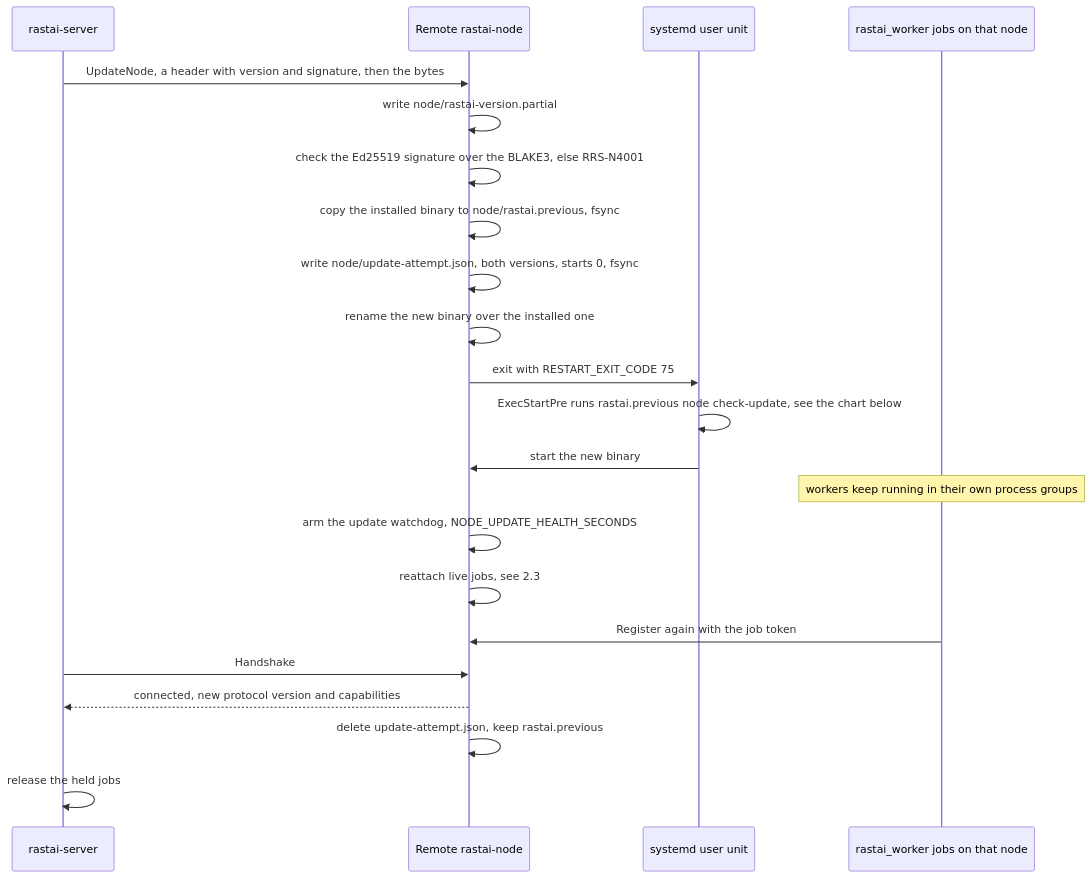
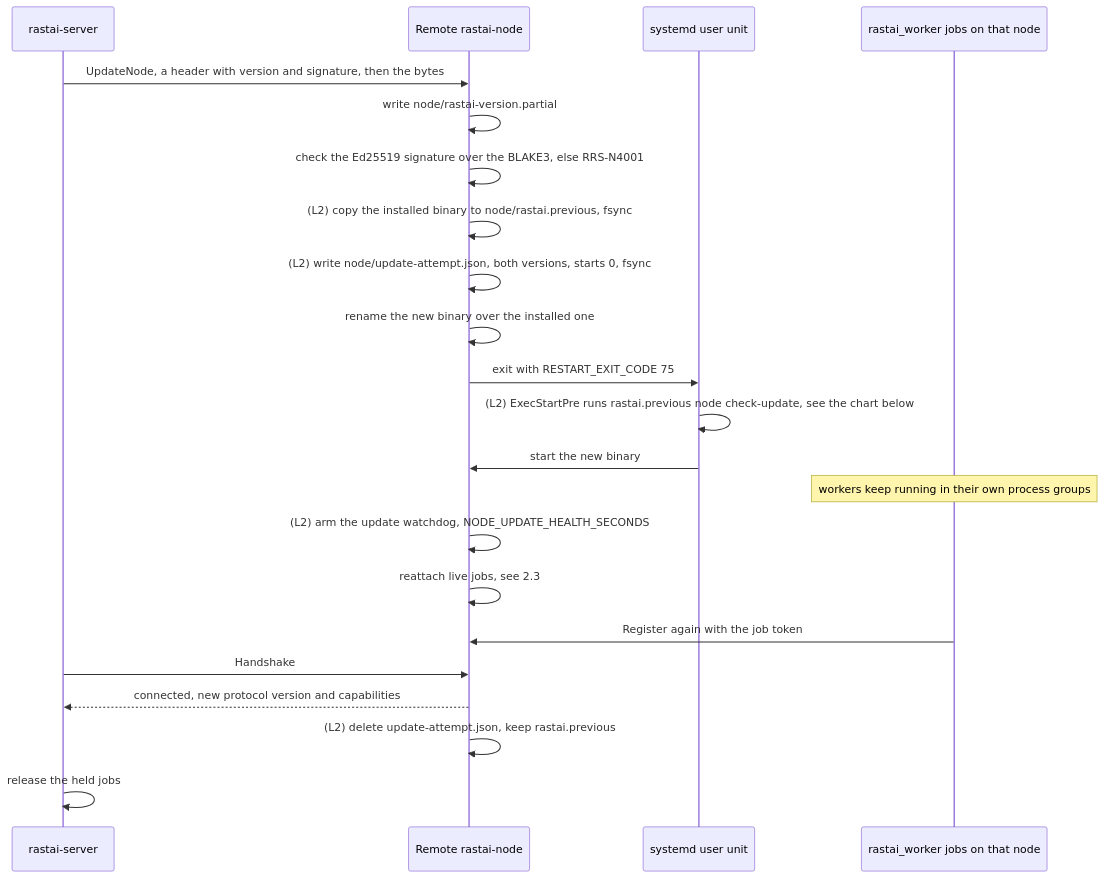
Diagram 50 of 55 in docs/architecture/flows/platform.md (Snubiss/RASTAI-Research-Studio), drawn with Mermaid before and after one commit. The commit also changed other lines of this file and 44 other files, not shown here.

````diff
--- a/docs/architecture/flows/platform.md
+++ b/docs/architecture/flows/platform.md
@@ -1895,24 +2332,24 @@
 ```mermaid
 sequenceDiagram
   participant SRV as rastai-server
   participant ND as Remote rastai-node
   participant SD as systemd user unit
   participant W as rastai_worker jobs on that node
   SRV->>ND: UpdateNode, a header with version and signature, then the bytes
   ND->>ND: write node/rastai-version.partial
   ND->>ND: check the Ed25519 signature over the BLAKE3, else RRS-N4001
-  ND->>ND: copy the installed binary to node/rastai.previous, fsync
-  ND->>ND: write node/update-attempt.json, both versions, starts 0, fsync
+  ND->>ND: (L2) copy the installed binary to node/rastai.previous, fsync
+  ND->>ND: (L2) write node/update-attempt.json, both versions, starts 0, fsync
   ND->>ND: rename the new binary over the installed one
   ND->>SD: exit with RESTART_EXIT_CODE 75
-  SD->>SD: ExecStartPre runs rastai.previous node check-update, see the chart below
+  SD->>SD: (L2) ExecStartPre runs rastai.previous node check-update, see the chart below
   SD->>ND: start the new binary
   Note over W: workers keep running in their own process groups
-  ND->>ND: arm the update watchdog, NODE_UPDATE_HEALTH_SECONDS
+  ND->>ND: (L2) arm the update watchdog, NODE_UPDATE_HEALTH_SECONDS
   ND->>ND: reattach live jobs, see 2.3
   W->>ND: Register again with the job token
   SRV->>ND: Handshake
   ND-->>SRV: connected, new protocol version and capabilities
-  ND->>ND: delete update-attempt.json, keep rastai.previous
+  ND->>ND: (L2) delete update-attempt.json, keep rastai.previous
   SRV->>SRV: release the held jobs
 ```
````
